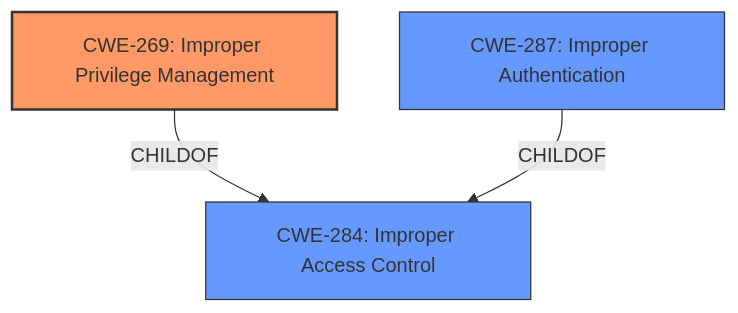
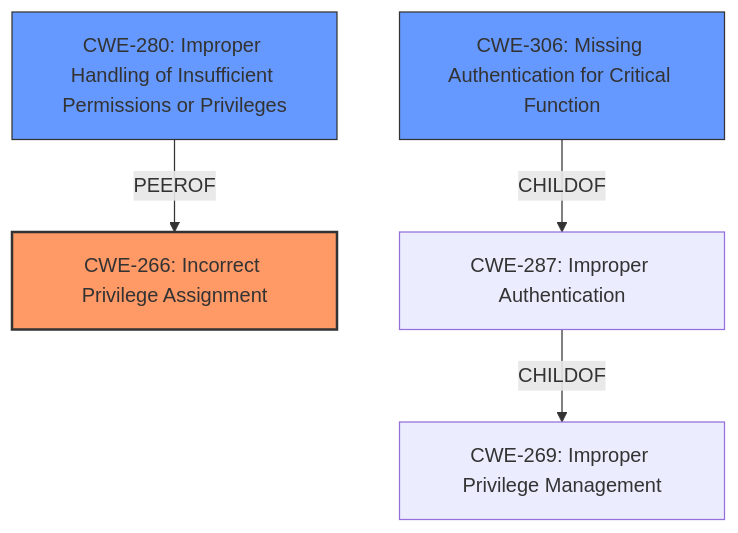
Before and after one commit to CyberSecAI/cwe_agent_assign_reports_2025: the diagram in CVE-2024-0003/CVE-2024-0003_analysis.md, drawn with Mermaid. The commit also changed other lines of this file and 190653 other files, not shown here.

Commit message:
9552 CWE assignment reports

````diff
--- a/CVE-2024-0003/CVE-2024-0003_analysis.md
+++ b/CVE-2024-0003/CVE-2024-0003_analysis.md
@@ -17,14 +18,15 @@
 ```mermaid
 graph TD
-    cwe269["CWE-269: Improper Privilege Management"]
-    cwe284["CWE-284: Improper Access Control"]
-    cwe287["CWE-287: Improper Authentication"]
+    cwe266["CWE-266: Incorrect Privilege Assignment"]
+    cwe280["CWE-280: Improper Handling of Insufficient Permissions or Privileges"]
+    cwe306["CWE-306: Missing Authentication for Critical Function"]
 
-    cwe269 -->|CHILDOF| cwe284
-    cwe287 -->|CHILDOF| cwe284
-    
+    cwe280 -->|PEEROF| cwe266
+    cwe306 -->|CHILDOF| cwe287["CWE-287: Improper Authentication"]
+    cwe287 -->|CHILDOF| cwe269["CWE-269: Improper Privilege Management"]
+
     classDef primary fill:#f96,stroke:#333,stroke-width:2px
     classDef secondary fill:#69f,stroke:#333
-    class cwe269 primary
-    class cwe284,cwe287 secondary
+    class cwe266 primary
+    class cwe280,cwe306 secondary
 ```
````
